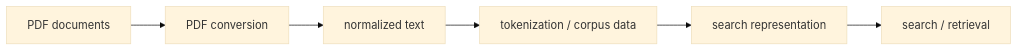
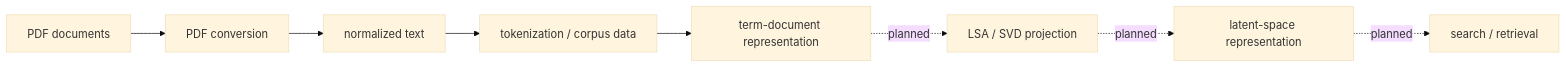
One commit to witold-k/witold-k changed the third of 6 diagrams in README.md. Above: the diagram before and after it, drawn with Mermaid (base theme). The commit also changed other lines of this file, not shown here.

Commit message:
Show planned LSA/SVD stage in document data path

````diff
--- a/README.md
+++ b/README.md
@@ -45,8 +45,10 @@
 ```mermaid
 flowchart LR
     PDF[PDF documents] --> CONVERT[PDF conversion]
     CONVERT --> TEXT[normalized text]
     TEXT --> TOKENS[tokenization / corpus data]
-    TOKENS --> INDEX[search representation]
-    INDEX --> QUERY[search / retrieval]
+    TOKENS --> MATRIX[term-document representation]
+    MATRIX -.->|planned| LSA[LSA / SVD projection]
+    LSA -.->|planned| LATENT[latent-space representation]
+    LATENT -.->|planned| QUERY[search / retrieval]
 ```
````
